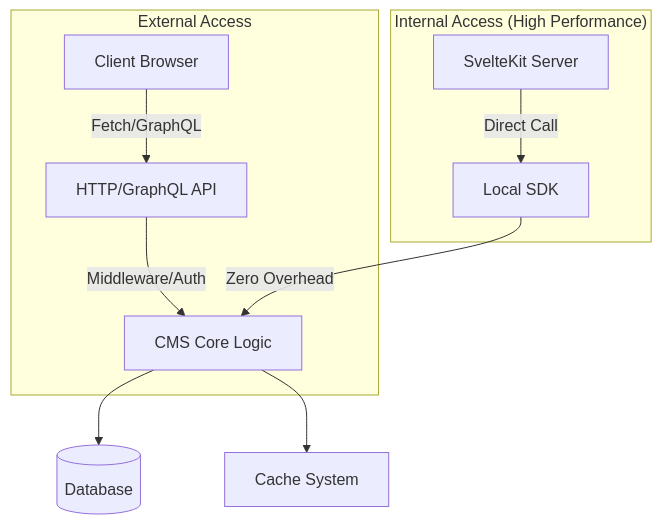
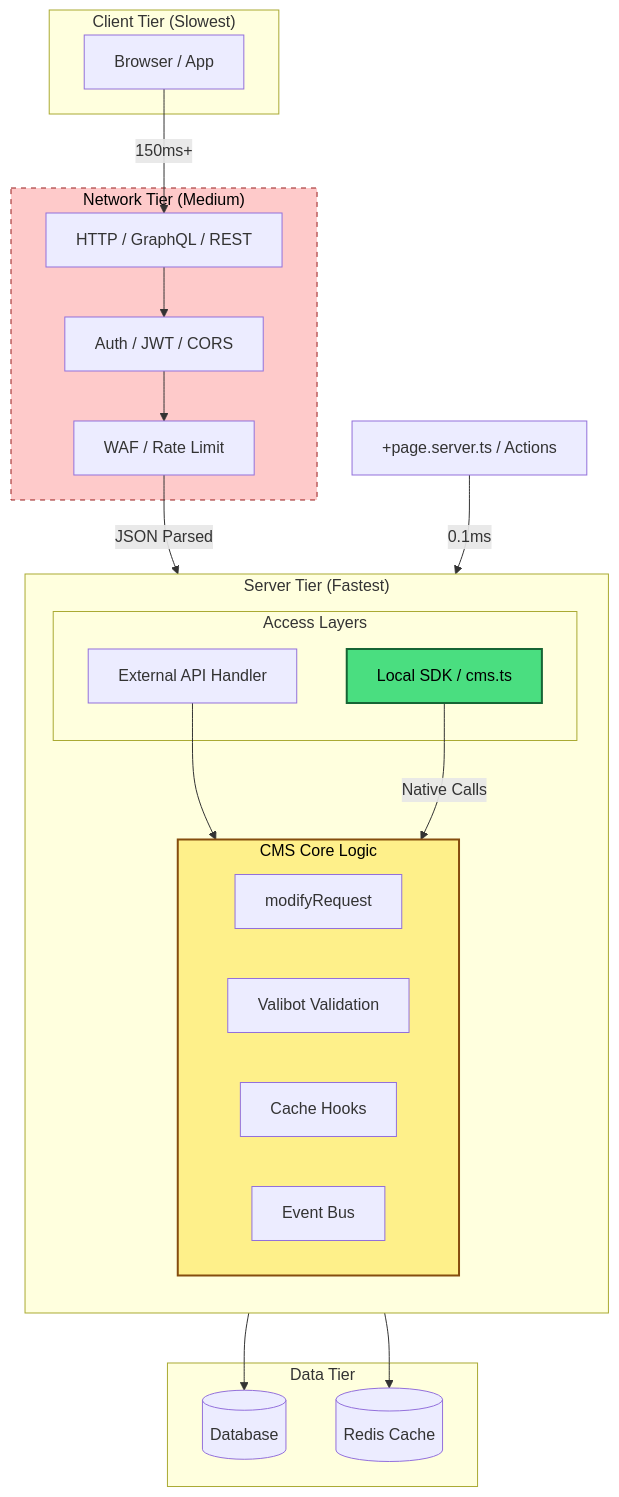
One commit to TamoorArif/SveltyCMS changed the diagram in docs/api/local-vs-http-api.mdx. Above: the diagram before and after it, drawn with Mermaid. The commit also changed other lines of this file and 66 other files, not shown here.

````diff
--- a/docs/api/local-vs-http-api.mdx
+++ b/docs/api/local-vs-http-api.mdx
@@ -25,18 +27,51 @@
 ```mermaid
-graph TD
-    Client[Client Browser]
-    Server[SvelteKit Server]
-    
-    subgraph "External Access"
-        Client -->|Fetch/GraphQL| API[HTTP/GraphQL API]
-        API -->|Middleware/Auth| CMS_Core[CMS Core Logic]
+graph TB
+    subgraph Client["Client Tier (Slowest)"]
+        CB[Browser / App]
     end
-    
-    subgraph "Internal Access (High Performance)"
-        Server -->|Direct Call| LocalCMS[Local SDK]
-        LocalCMS -->|Zero Overhead| CMS_Core
+
+    subgraph Network["Network Tier (Medium)"]
+        HTTP[HTTP / GraphQL / REST]
+        Auth[Auth / JWT / CORS]
+        Firewall[WAF / Rate Limit]
     end
-    
-    CMS_Core --> DB[(Database)]
-    CMS_Core --> Cache[Cache System]
+
+    subgraph Server["Server Tier (Fastest)"]
+        direction TB
+        subgraph Logic["CMS Core Logic"]
+            MC[modifyRequest]
+            VB[Valibot Validation]
+            CH[Cache Hooks]
+            EB[Event Bus]
+        end
+        
+        subgraph API["Access Layers"]
+            EX[External API Handler]
+            SDK[Local SDK / cms.ts]
+        end
+    end
+
+    subgraph Data["Data Tier"]
+        DB[(Database)]
+        RD[(Redis Cache)]
+    end
+
+    %% External Flow
+    CB -->|150ms+| HTTP
+    HTTP --> Auth
+    Auth --> Firewall
+    Firewall -->|JSON Parsed| EX
+    EX --> Logic
+
+    %% Internal Flow
+    Server_Load[+page.server.ts / Actions] -->|0.1ms| SDK
+    SDK -->|Native Calls| Logic
+
+    %% Core to Data
+    Logic --> DB
+    Logic --> RD
+
+    style SDK fill:#4ade80,stroke:#166534,stroke-width:2px,color:#000
+    style Logic fill:#fef08a,stroke:#854d0e,stroke-width:2px,color:#000
+    style Network fill:#fecaca,stroke:#991b1b,stroke-dasharray: 5 5,color:#000
 ```
````
